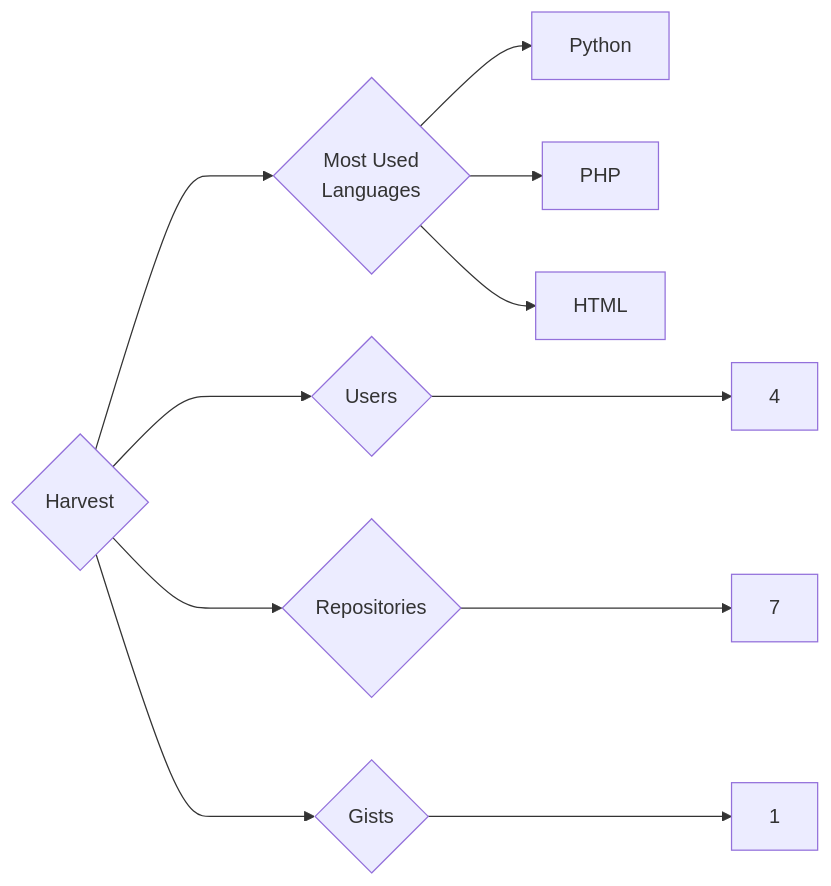
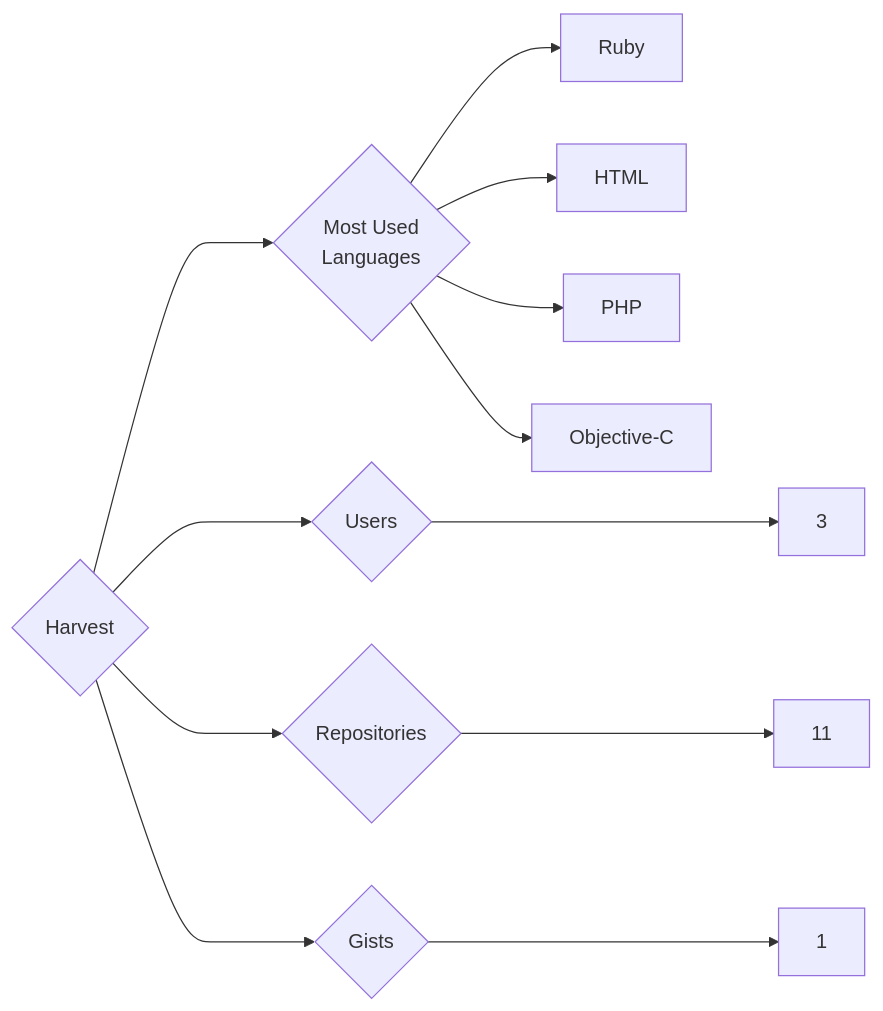
Before and after one commit to trickest/insiders: the diagram in targets/Harvest/README.md, drawn with Mermaid. The commit also changed 553 other files, not shown here.

````diff
--- a/targets/Harvest/README.md
+++ b/targets/Harvest/README.md
@@ -3,11 +3,12 @@
 ```mermaid
 graph LR
 COMPANY_NAME{Harvest}
-COMPANY_NAME ---> U{Users} ---> UN[4]
-COMPANY_NAME ---> R{Repositories} ---> RN[7]
+COMPANY_NAME ---> U{Users} ---> UN[3]
+COMPANY_NAME ---> R{Repositories} ---> RN[11]
 COMPANY_NAME ---> G{Gists} ---> GN[1]
 COMPANY_NAME ---> ML{Most Used<br>Languages}
-ML --> Python[Python]
+ML --> Ruby[Ruby]
+ML --> HTML[HTML]
 ML --> PHP[PHP]
-ML --> HTML[HTML]
+ML --> Objective-C[Objective-C]
 ```
````
